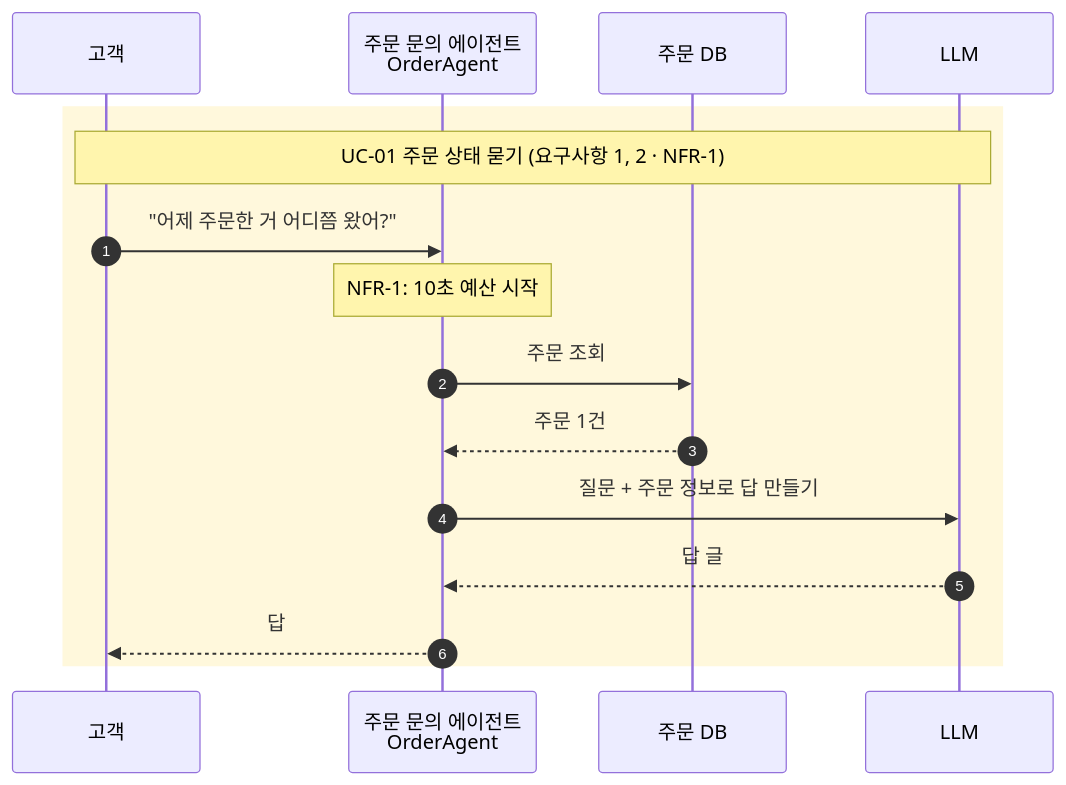
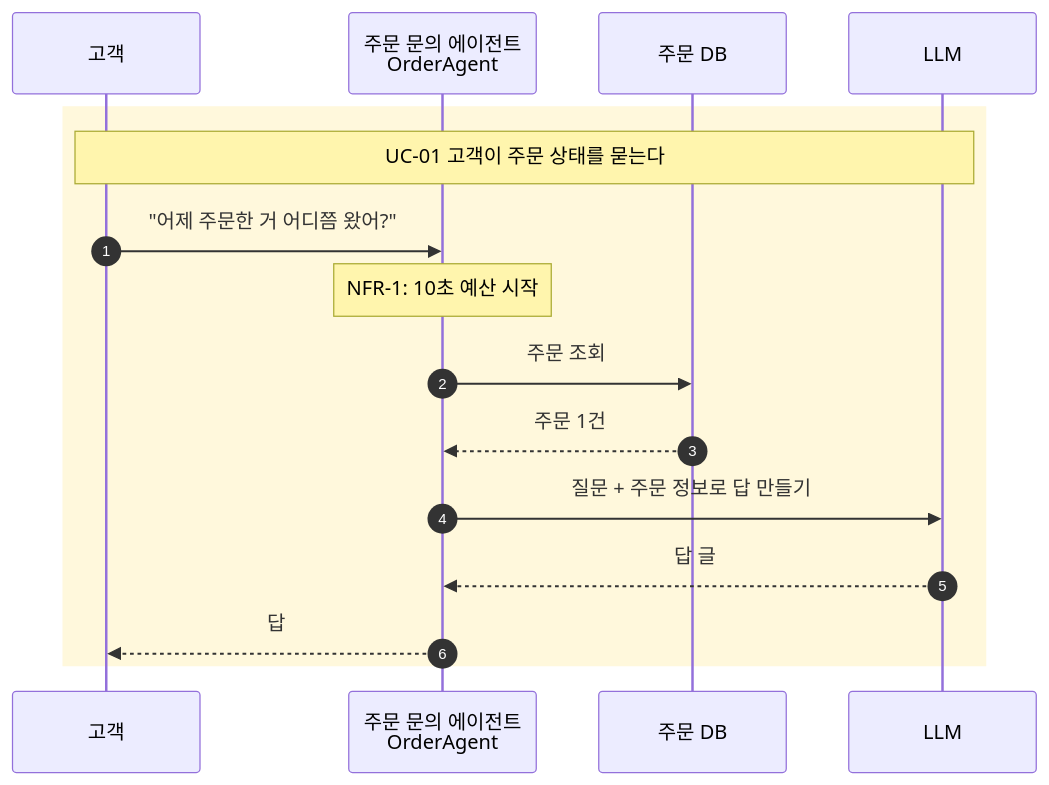
Before and after one commit to siontext/Harness-Marketplace: the second of 2 diagrams in plugins/core/skills/agent-design-doc/SKILL.md, drawn with Mermaid. The commit also changed other lines of this file and 6 other files, not shown here.

````diff
--- a/plugins/core/skills/agent-design-doc/SKILL.md
+++ b/plugins/core/skills/agent-design-doc/SKILL.md
@@ -81,18 +82,18 @@
 ```mermaid
 sequenceDiagram
     autonumber
     participant U as 고객
     participant A as 주문 문의 에이전트<br/>OrderAgent
     participant D as 주문 DB
     participant L as LLM
     rect rgb(255, 248, 220)
-    Note over U,L: UC-01 주문 상태 묻기 (요구사항 1, 2 · NFR-1)
+    Note over U,L: UC-01 고객이 주문 상태를 묻는다
     U->>A: "어제 주문한 거 어디쯤 왔어?"
     Note over A: NFR-1: 10초 예산 시작
     A->>D: 주문 조회
     D-->>A: 주문 1건
     A->>L: 질문 + 주문 정보로 답 만들기
     L-->>A: 답 글
     A-->>U: 답
     end
 ```
````
